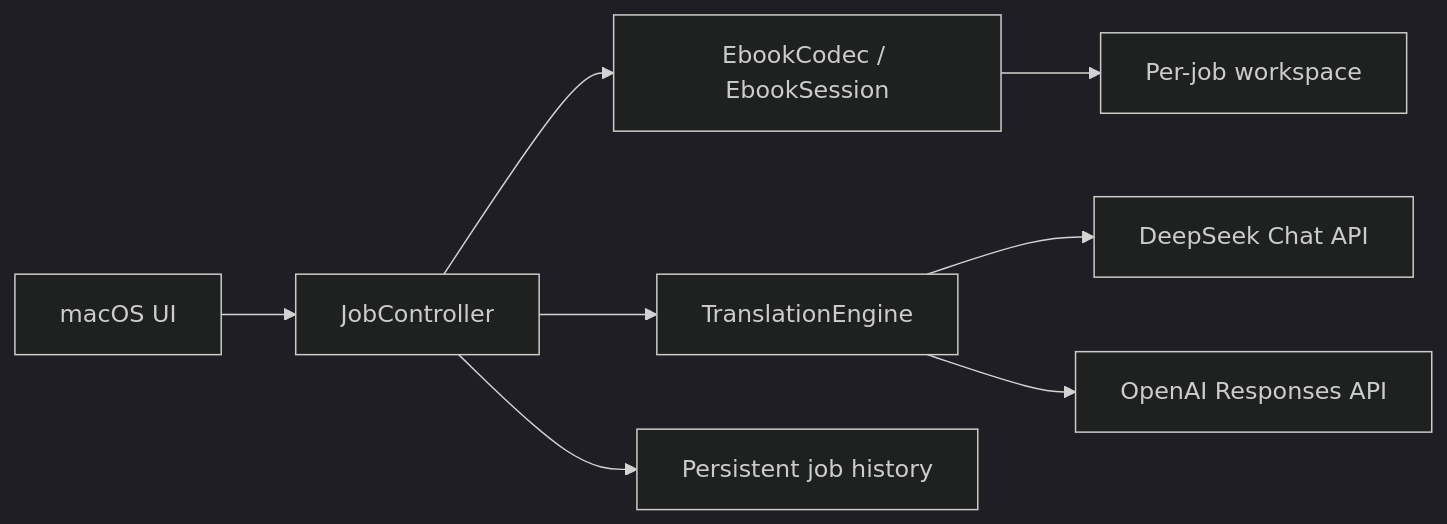
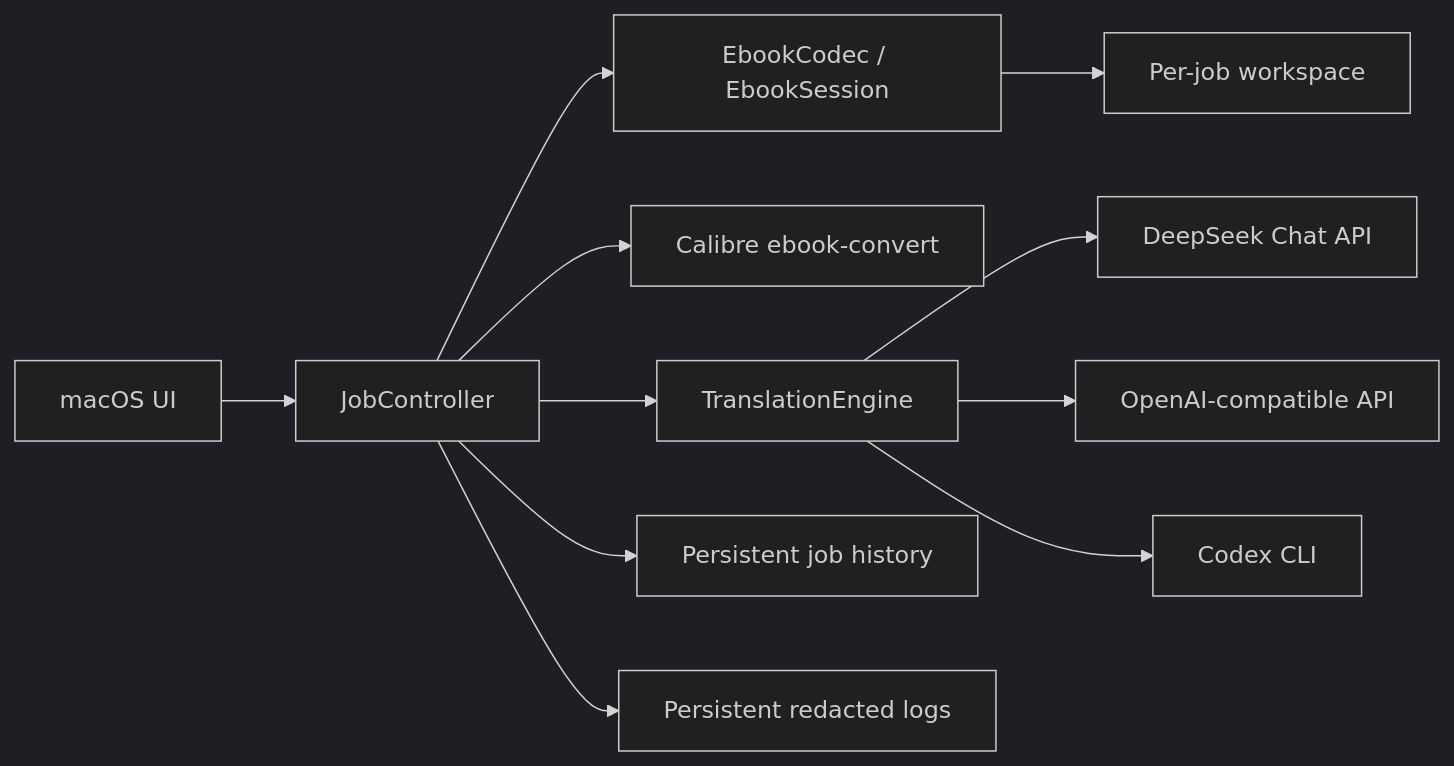
The diagram in docs/architecture.md (jjyr/meow-translate), drawn with Mermaid (dark theme) before and after one commit. The commit also changed other lines of this file and 23 other files, not shown here.

````diff
--- a/docs/architecture.md
+++ b/docs/architecture.md
@@ -12,10 +12,13 @@
 ```mermaid
 flowchart LR
     UI["macOS UI"] --> Jobs["JobController"]
     Jobs --> Codec["EbookCodec / EbookSession"]
+    Jobs --> Converter["Calibre ebook-convert"]
     Jobs --> Engine["TranslationEngine"]
     Codec --> Workspace["Per-job workspace"]
     Engine --> DeepSeek["DeepSeek Chat API"]
-    Engine --> Codex["OpenAI Responses API"]
+    Engine --> Compatible["OpenAI-compatible API"]
+    Engine --> Codex["Codex CLI"]
     Jobs --> History["Persistent job history"]
+    Jobs --> Logs["Persistent redacted logs"]
 ```
````
